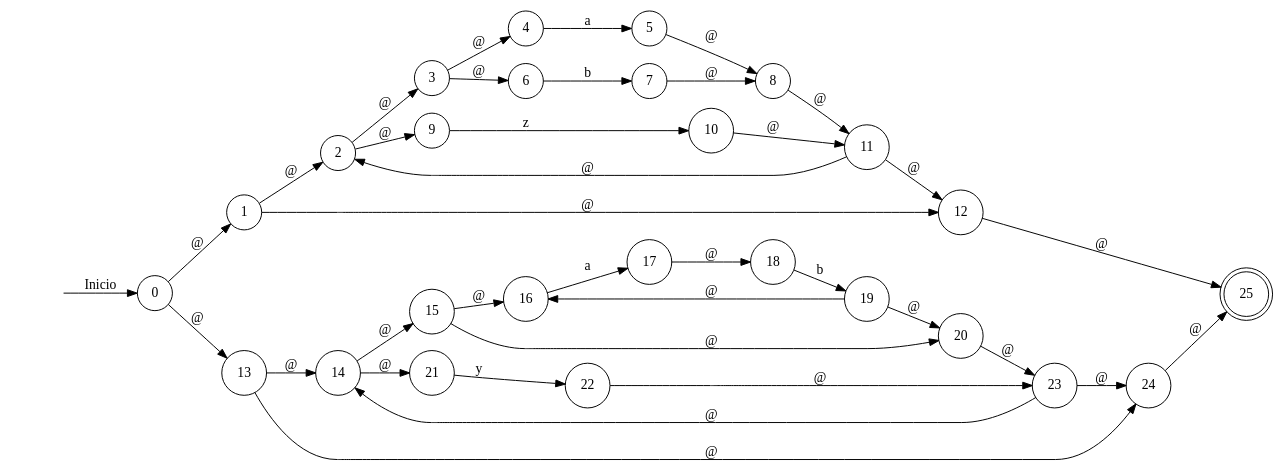
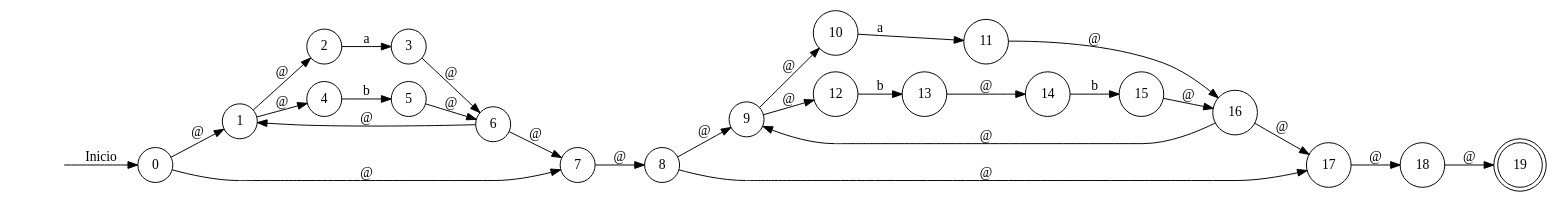
The diagram in GraficaAFN.dot (diegojacobs/Compilador), drawn with Graphviz before and after one commit. The commit also changed 26 other files, not shown here.

```diff
--- a/GraficaAFN.dot
+++ b/GraficaAFN.dot
@@ -1,71 +1,55 @@
 digraph GraficaAFN {
 rankdir=LR;
 {
 node [style = invisible]
 INI
 }
 INI -> 0[label="Inicio"]
 
 0 [ shape="circle"]
 1 [ shape="circle"]
 2 [ shape="circle"]
 3 [ shape="circle"]
 4 [ shape="circle"]
 5 [ shape="circle"]
 6 [ shape="circle"]
 7 [ shape="circle"]
 8 [ shape="circle"]
 9 [ shape="circle"]
 10 [ shape="circle"]
 11 [ shape="circle"]
 12 [ shape="circle"]
 13 [ shape="circle"]
 14 [ shape="circle"]
 15 [ shape="circle"]
 16 [ shape="circle"]
 17 [ shape="circle"]
 18 [ shape="circle"]
-19 [ shape="circle"]
-20 [ shape="circle"]
-21 [ shape="circle"]
-22 [ shape="circle"]
-23 [ shape="circle"]
-24 [ shape="circle"]
-25 [ shape="doublecircle"]
-25[fillcolor="#1D22E8"];
+19 [ shape="doublecircle"]
+19[fillcolor="#1D22E8"];
 0->1[label="@"]
-0->13[label="@"]
+0->7[label="@"]
 1->2[label="@"]
-1->12[label="@"]
-2->3[label="@"]
-2->9[label="@"]
-3->4[label="@"]
+1->4[label="@"]
+2->3[label="a"]
 3->6[label="@"]
-4->5[label="a"]
-5->8[label="@"]
-6->7[label="b"]
+4->5[label="b"]
+5->6[label="@"]
+6->7[label="@"]
+6->1[label="@"]
 7->8[label="@"]
-8->11[label="@"]
-9->10[label="z"]
-10->11[label="@"]
-11->12[label="@"]
-11->2[label="@"]
-12->25[label="@"]
+8->9[label="@"]
+8->17[label="@"]
+9->10[label="@"]
+9->12[label="@"]
+10->11[label="a"]
+11->16[label="@"]
+12->13[label="b"]
 13->14[label="@"]
-13->24[label="@"]
-14->15[label="@"]
-14->21[label="@"]
+14->15[label="b"]
 15->16[label="@"]
-15->20[label="@"]
-16->17[label="a"]
+16->17[label="@"]
+16->9[label="@"]
 17->18[label="@"]
-18->19[label="b"]
-19->20[label="@"]
-19->16[label="@"]
-20->23[label="@"]
-21->22[label="y"]
-22->23[label="@"]
-23->24[label="@"]
-23->14[label="@"]
-24->25[label="@"]
+18->19[label="@"]
 }
```
